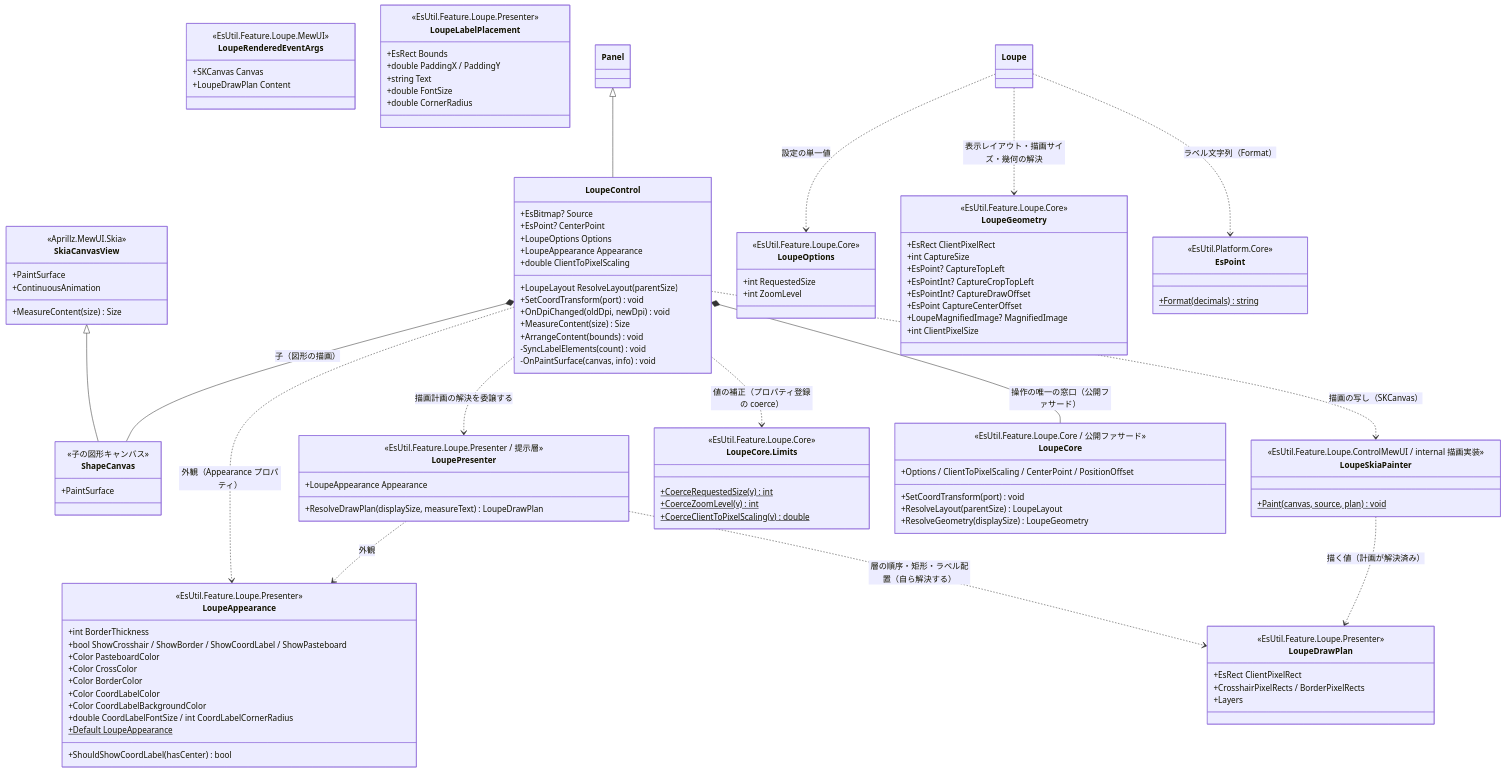
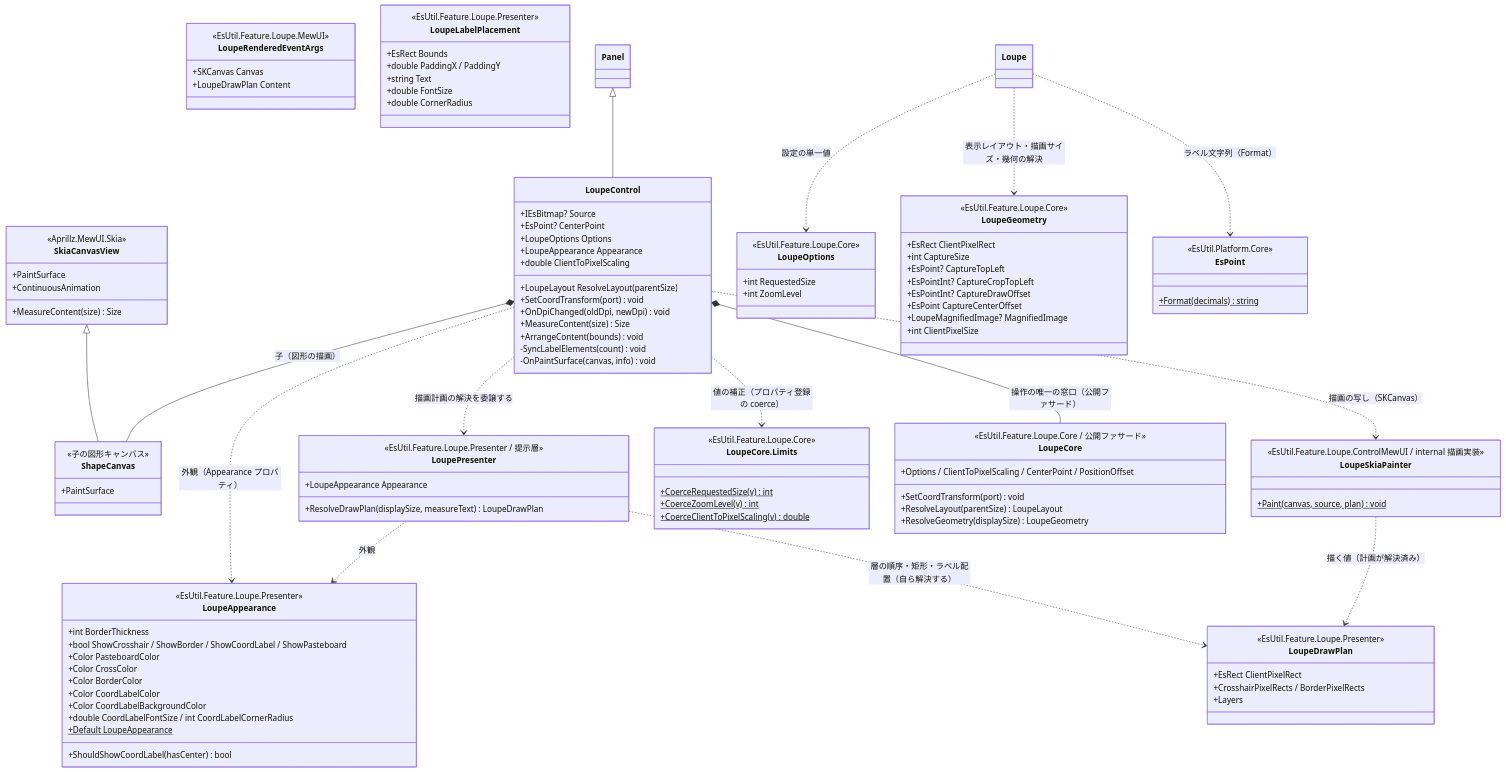
Before and after one commit to tomokuni/SaveEvidence: the first of 2 diagrams in src/EsUtil.Feature.Loupe.ControlMewUI/docs/SPEC_System.md, drawn with Mermaid. The commit also changed other lines of this file and 33 other files, not shown here.

```diff
--- a/src/EsUtil.Feature.Loupe.ControlMewUI/docs/SPEC_System.md
+++ b/src/EsUtil.Feature.Loupe.ControlMewUI/docs/SPEC_System.md
@@ -105,7 +105,7 @@
         +MeasureContent(size) Size
     }
     class LoupeControl {
-        +EsBitmap? Source
+        +IEsBitmap? Source
         +EsPoint? CenterPoint
         +LoupeOptions Options
         +LoupeAppearance Appearance
```
